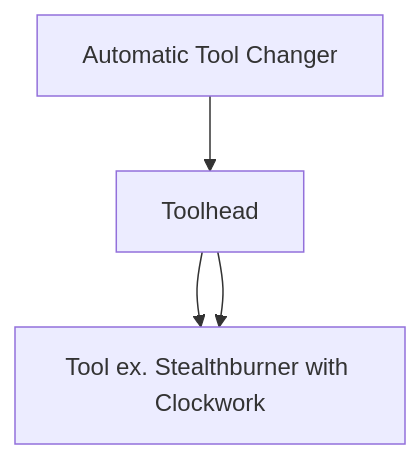
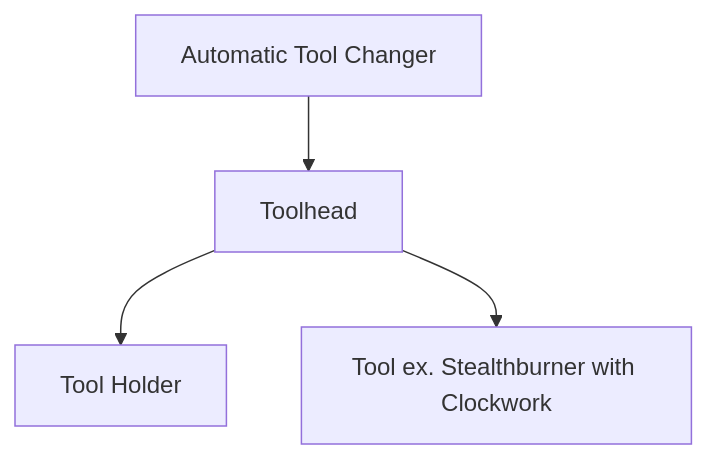
One commit to ben5459/HybridManufacturingPlatform changed the third of 3 diagrams in Automatic Tool Changer/README.md. Above: the diagram before and after it, drawn with Mermaid. The commit also changed other lines of this file, not shown here.

````diff
--- a/Automatic Tool Changer/README.md
+++ b/Automatic Tool Changer/README.md
@@ -73,6 +73,6 @@
 ```mermaid
 graph TD;
     1[Automatic Tool Changer]-->2[Toolhead];
     2[Toolhead]-->3[Tool Holder];
-    2[Toolhead]-->3[Tool ex. Stealthburner with Clockwork];
+    2[Toolhead]-->4[Tool ex. Stealthburner with Clockwork];
 ```
````
